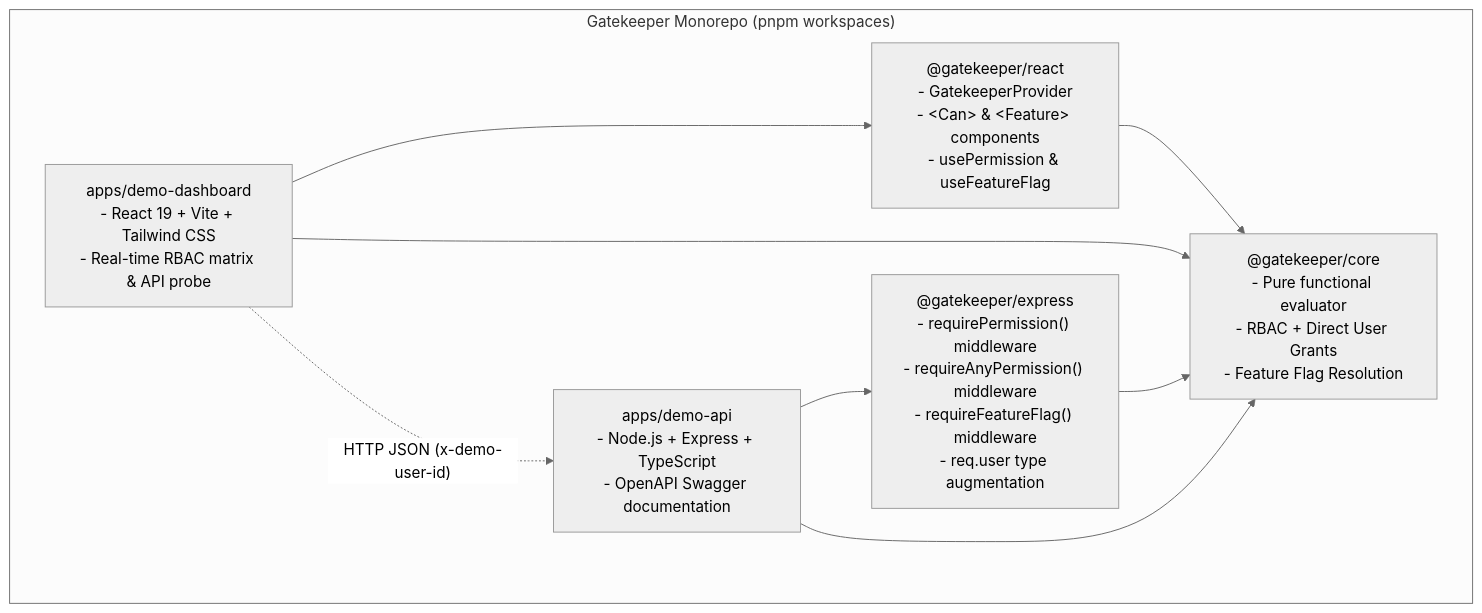
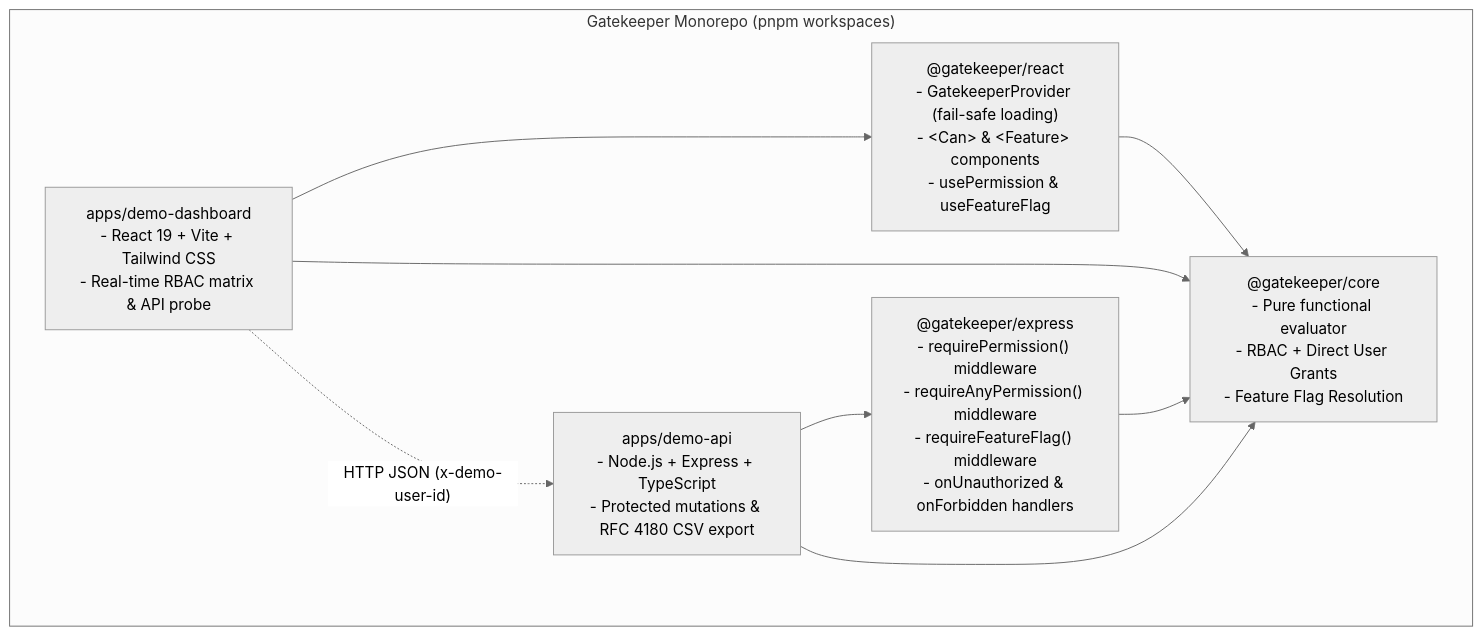
The diagram in gatekeeper/README.md (Ahmed1092002/npm-packages), drawn with Mermaid (neutral theme) before and after one commit. The commit also changed other lines of this file and 12 other files, not shown here.

First line of the commit message:
feat: add RFC 4180 compliant CSV utility and integrate into reports export

````diff
--- a/gatekeeper/README.md
+++ b/gatekeeper/README.md
@@ -11,18 +20,18 @@
 ```mermaid
 graph TD
     subgraph Monorepo ["Gatekeeper Monorepo (pnpm workspaces)"]
         Core["@gatekeeper/core<br/>- Pure functional evaluator<br/>- RBAC + Direct User Grants<br/>- Feature Flag Resolution"]
-        ReactPkg["@gatekeeper/react<br/>- GatekeeperProvider<br/>- &lt;Can&gt; & &lt;Feature&gt; components<br/>- usePermission & useFeatureFlag"]
-        ExpressPkg["@gatekeeper/express<br/>- requirePermission() middleware<br/>- requireAnyPermission() middleware<br/>- requireFeatureFlag() middleware<br/>- req.user type augmentation"]
+        ReactPkg["@gatekeeper/react<br/>- GatekeeperProvider (fail-safe loading)<br/>- &lt;Can&gt; & &lt;Feature&gt; components<br/>- usePermission & useFeatureFlag"]
+        ExpressPkg["@gatekeeper/express<br/>- requirePermission() middleware<br/>- requireAnyPermission() middleware<br/>- requireFeatureFlag() middleware<br/>- onUnauthorized & onForbidden handlers"]
         DemoDashboard["apps/demo-dashboard<br/>- React 19 + Vite + Tailwind CSS<br/>- Real-time RBAC matrix & API probe"]
-        DemoApi["apps/demo-api<br/>- Node.js + Express + TypeScript<br/>- OpenAPI Swagger documentation"]
+        DemoApi["apps/demo-api<br/>- Node.js + Express + TypeScript<br/>- Protected mutations & RFC 4180 CSV export"]
     end
 
     ReactPkg --> Core
     ExpressPkg --> Core
     DemoDashboard --> ReactPkg
     DemoDashboard --> Core
     DemoApi --> ExpressPkg
     DemoApi --> Core
     DemoDashboard -. "HTTP JSON (x-demo-user-id)" .-> DemoApi
 ```
````
